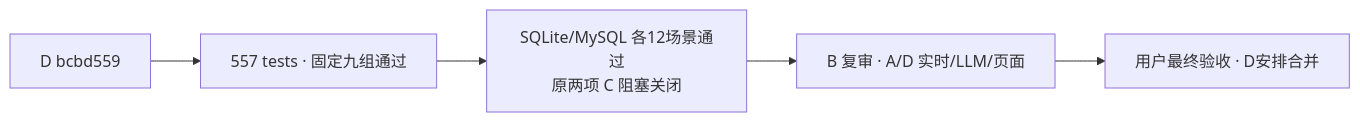
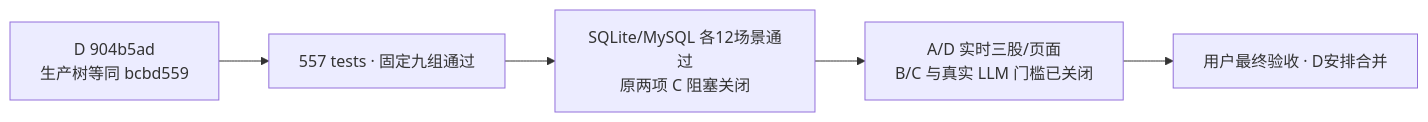
Before and after one commit to 27ye/ai-quant-platform: the diagram in docs/C_PROGRESS.md, drawn with Mermaid. The commit also changed other lines of this file and 1 other file, not shown here.

````diff
--- a/docs/C_PROGRESS.md
+++ b/docs/C_PROGRESS.md
@@ -7,7 +7,7 @@
 ```mermaid
 flowchart LR
-    D["D bcbd559"] --> C["557 tests · 固定九组通过"]
+    D["D 904b5ad<br/>生产树等同 bcbd559"] --> C["557 tests · 固定九组通过"]
     C --> R["SQLite/MySQL 各12场景通过<br/>原两项 C 阻塞关闭"]
-    R --> A["B 复审 · A/D 实时/LLM/页面"]
+    R --> A["A/D 实时三股/页面<br/>B/C 与真实 LLM 门槛已关闭"]
     A --> U["用户最终验收 · D安排合并"]
 ```
````
